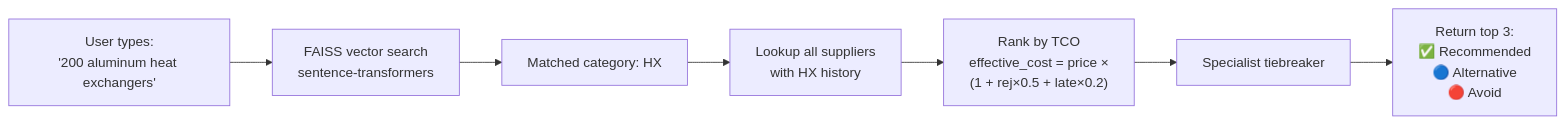
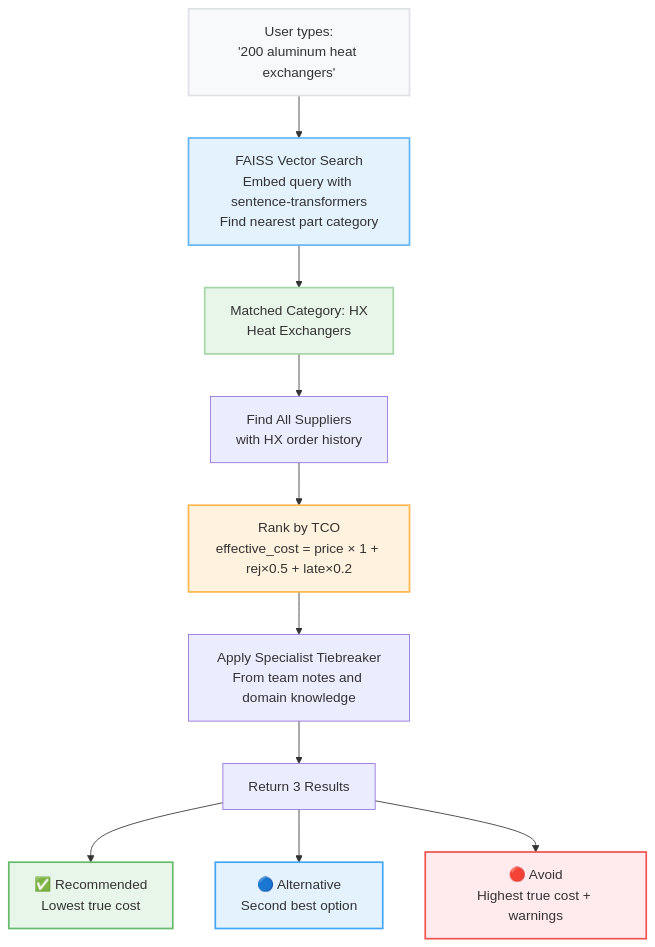
One commit to vince-tambellini/hoth-engine changed the second of 3 diagrams in ARCHITECTURE.md. Above: the diagram before and after it, drawn with Mermaid. The commit also changed other lines of this file and 6 other files, not shown here.

First line of the commit message:
Add architecture diagrams, TCO scoring, and updated presentation

````diff
--- a/ARCHITECTURE.md
+++ b/ARCHITECTURE.md
@@ -80,9 +77,33 @@
 ```mermaid
-flowchart LR
-    A["User types:<br/>'200 aluminum heat exchangers'"] --> B["FAISS vector search<br/>sentence-transformers"]
-    B --> C["Matched category: HX"]
-    C --> D["Lookup all suppliers<br/>with HX history"]
-    D --> E["Rank by TCO<br/>effective_cost = price ×<br/>(1 + rej×0.5 + late×0.2)"]
-    E --> F["Specialist tiebreaker"]
-    F --> G["Return top 3:<br/>✅ Recommended<br/>🔵 Alternative<br/>🔴 Avoid"]
+graph TD
+    A["User types:<br/>'200 aluminum heat exchangers'"]
+    A --> B
+
+    B["FAISS Vector Search<br/>Embed query with sentence-transformers<br/>Find nearest part category"]
+    B --> C
+
+    C["Matched Category: HX<br/>Heat Exchangers"]
+    C --> D
+
+    D["Find All Suppliers<br/>with HX order history"]
+    D --> E
+
+    E["Rank by TCO<br/>effective_cost = price × 1 + rej×0.5 + late×0.2"]
+    E --> F
+
+    F["Apply Specialist Tiebreaker<br/>From team notes and domain knowledge"]
+    F --> G
+
+    G["Return 3 Results"]
+    G --> H["✅ Recommended<br/>Lowest true cost"]
+    G --> I["🔵 Alternative<br/>Second best option"]
+    G --> J["🔴 Avoid<br/>Highest true cost + warnings"]
+
+    style A fill:#f8f9fa,stroke:#dee2e6,stroke-width:2px
+    style B fill:#e3f2fd,stroke:#64b5f6,stroke-width:2px
+    style C fill:#e8f5e9,stroke:#a5d6a7,stroke-width:2px
+    style E fill:#fff3e0,stroke:#ffb74d,stroke-width:2px
+    style H fill:#e8f5e9,stroke:#66bb6a,stroke-width:2px
+    style I fill:#e3f2fd,stroke:#42a5f5,stroke-width:2px
+    style J fill:#ffebee,stroke:#ef5350,stroke-width:2px
 ```
````
